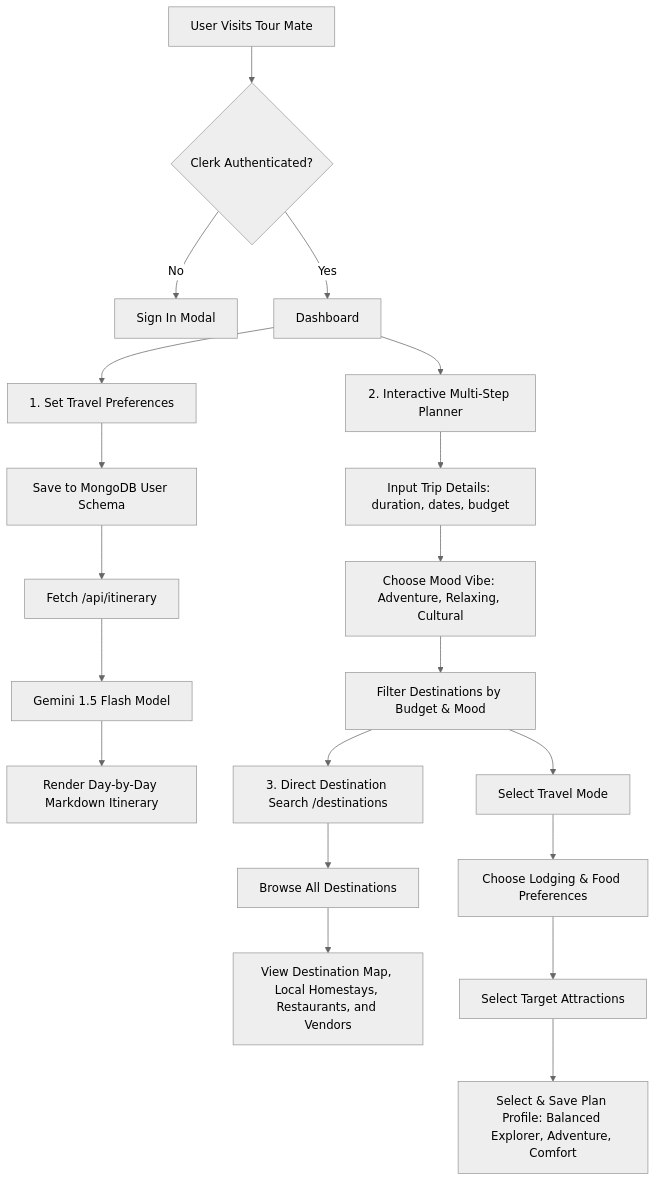
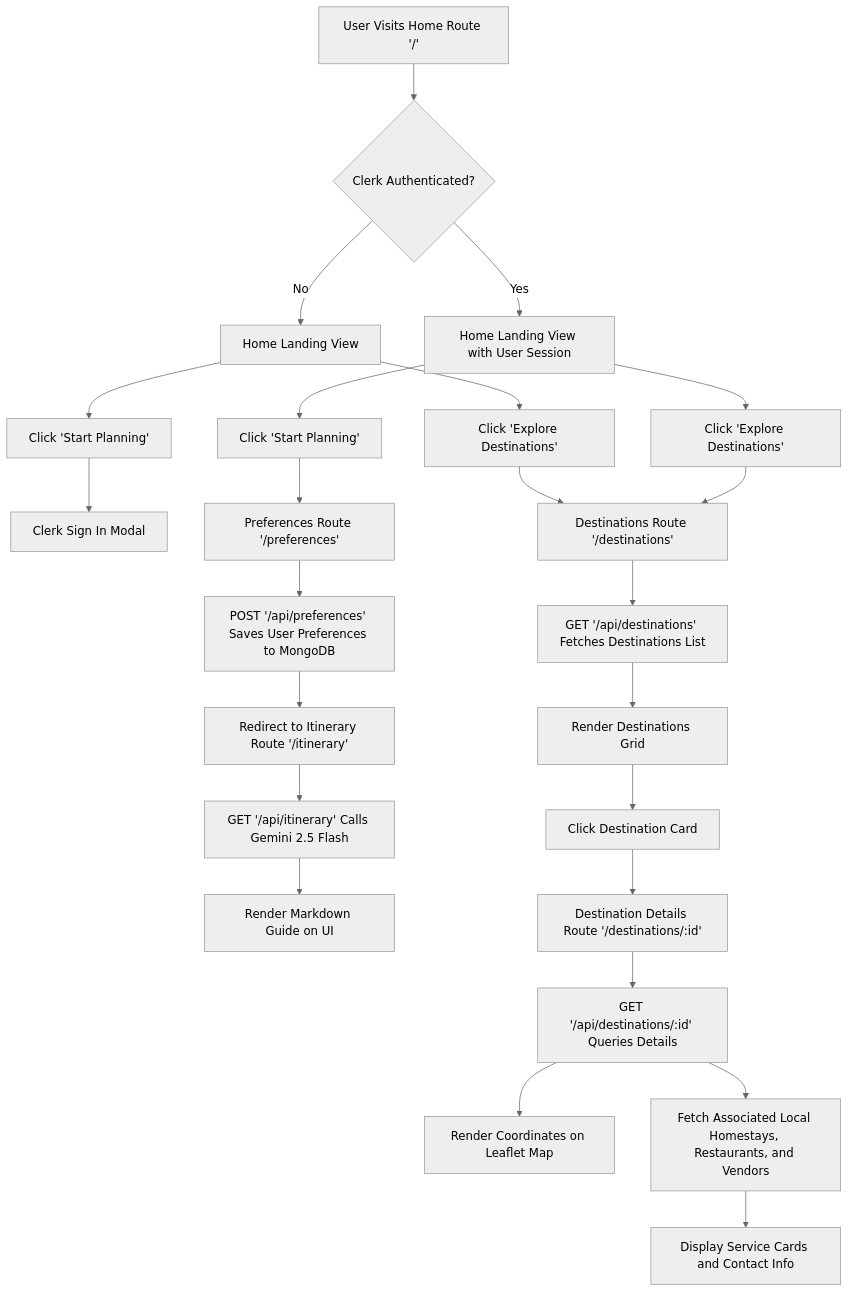
Before and after one commit to nikhilpundir108/TourMate: the diagram in README.md, drawn with Mermaid (neutral theme). The commit also changed other lines of this file and 27 other files, not shown here.

````diff
--- a/README.md
+++ b/README.md
@@ -9,24 +9,25 @@
 ```mermaid
 graph TD
-    Start[User Visits Tour Mate] --> Auth{Clerk Authenticated?}
-    Auth -- No --> SignIn[Sign In Modal]
-    Auth -- Yes --> Dashboard[Dashboard]
-    
-    Dashboard --> Path1[1. Set Travel Preferences]
-    Path1 --> SavePref[Save to MongoDB User Schema]
-    SavePref --> RequestItinerary[Fetch /api/itinerary]
-    RequestItinerary --> GeminiAPI[Gemini 1.5 Flash Model]
-    GeminiAPI --> MarkdownRender[Render Day-by-Day Markdown Itinerary]
+    Start[User Visits Home Route '/'] --> Auth{Clerk Authenticated?}
+    Auth -- No --> LandingPage[Home Landing View]
+    Auth -- Yes --> HomeView[Home Landing View with User Session]
 
-    Dashboard --> Path2[2. Interactive Multi-Step Planner]
-    Path2 --> Step1[Input Trip Details: duration, dates, budget]
-    Step1 --> Step2[Choose Mood Vibe: Adventure, Relaxing, Cultural]
-    Step2 --> Step3[Filter Destinations by Budget & Mood]
-    Step3 --> Step4[Select Travel Mode]
-    Step3 --> Path3[3. Direct Destination Search /destinations]
-    Path3 --> BrowseDest[Browse All Destinations]
-    BrowseDest --> DetailedView[View Destination Map, Local Homestays, Restaurants, and Vendors]
-    Step4 --> Step5[Choose Lodging & Food Preferences]
-    Step5 --> Step6[Select Target Attractions]
-    Step6 --> Step7[Select & Save Plan Profile: Balanced Explorer, Adventure, Comfort]
+    LandingPage --> ClickPlan[Click 'Start Planning'] --> TriggerSignIn[Clerk Sign In Modal]
+    LandingPage --> ClickExplore[Click 'Explore Destinations'] --> DestinationsRoute[Destinations Route '/destinations']
+
+    HomeView --> ClickPlanAuth[Click 'Start Planning'] --> PreferencesRoute[Preferences Route '/preferences']
+    HomeView --> ClickExploreAuth[Click 'Explore Destinations'] --> DestinationsRoute
+
+    PreferencesRoute --> SavePref[POST '/api/preferences' Saves User Preferences to MongoDB]
+    SavePref --> RedirectItinerary[Redirect to Itinerary Route '/itinerary']
+    RedirectItinerary --> FetchItinerary[GET '/api/itinerary' Calls Gemini 2.5 Flash]
+    FetchItinerary --> RenderMarkdown[Render Markdown Guide on UI]
+
+    DestinationsRoute --> FetchDestinations[GET '/api/destinations' Fetches Destinations List]
+    FetchDestinations --> GridList[Render Destinations Grid]
+    GridList --> SelectDest[Click Destination Card] --> DetailRoute[Destination Details Route '/destinations/:id']
+    DetailRoute --> FetchDetails[GET '/api/destinations/:id' Queries Details]
+    FetchDetails --> RenderMap[Render Coordinates on Leaflet Map]
+    FetchDetails --> QueryServices[Fetch Associated Local Homestays, Restaurants, and Vendors]
+    QueryServices --> RenderOfferings[Display Service Cards and Contact Info]
 ```
````
